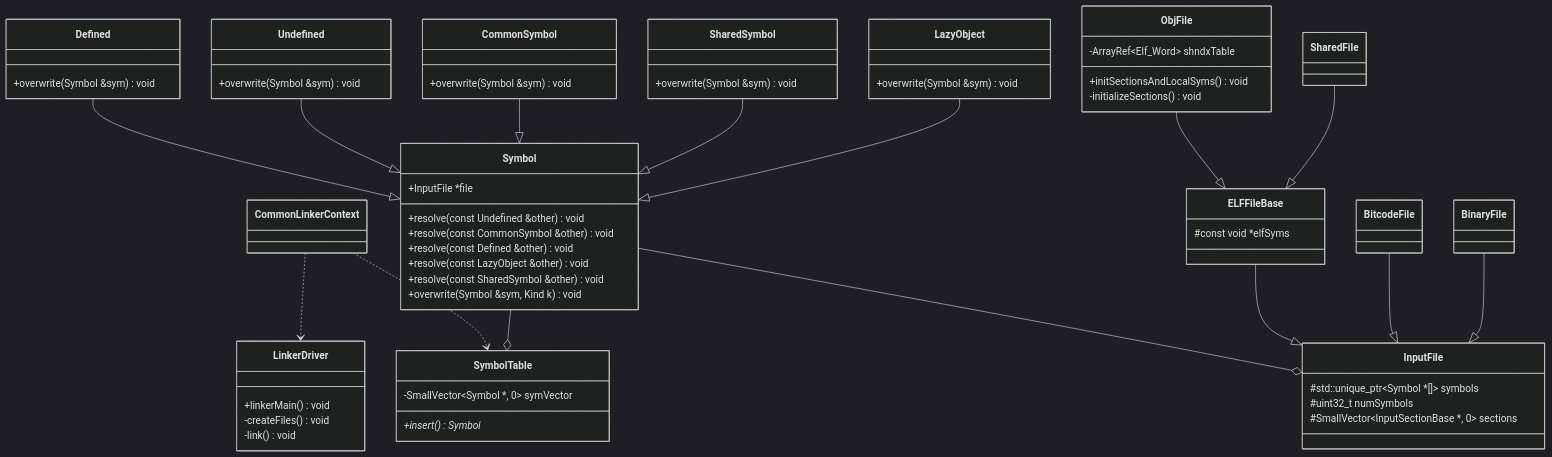
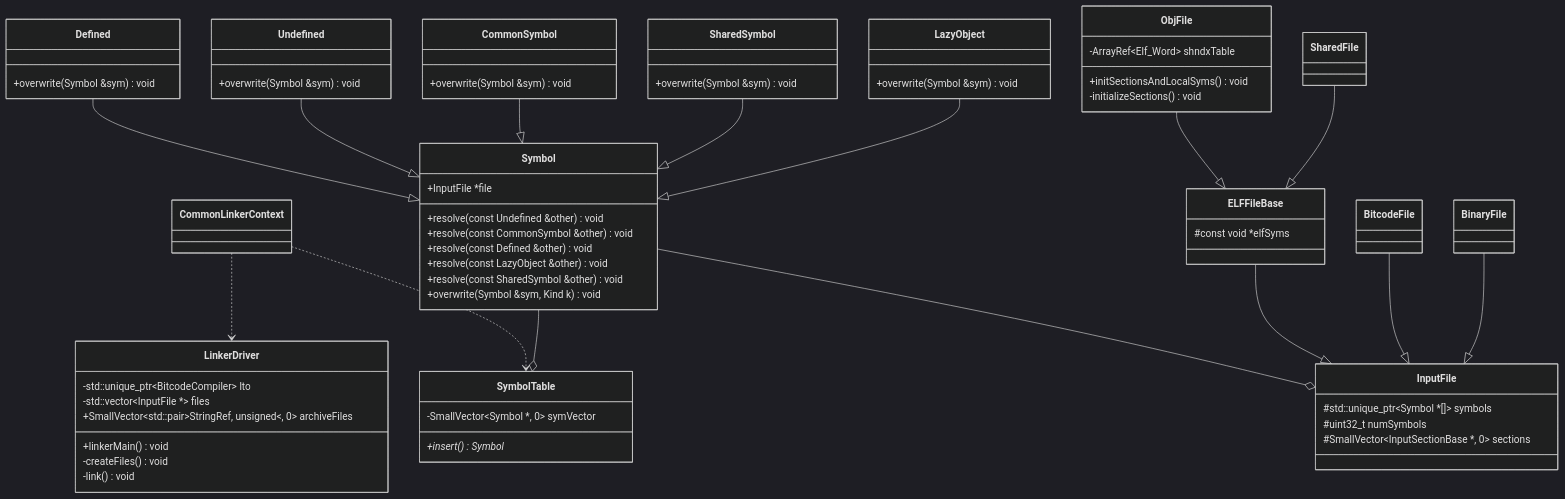
Before and after one commit to acelyb/MY-NOTE: the second of 2 diagrams in compiler/llvm-note.md, drawn with Mermaid (dark theme). The commit also changed other lines of this file, not shown here.

```diff
--- a/compiler/llvm-note.md
+++ b/compiler/llvm-note.md
@@ -93,6 +97,9 @@
     }
 
     class LinkerDriver {
+        -std::unique_ptr~BitcodeCompiler~ lto
+        -std::vector~InputFile *~ files
+        +SmallVector~std::pair~StringRef, unsigned~, 0~ archiveFiles
         +linkerMain() void
         -createFiles() void
         -link() void
```
